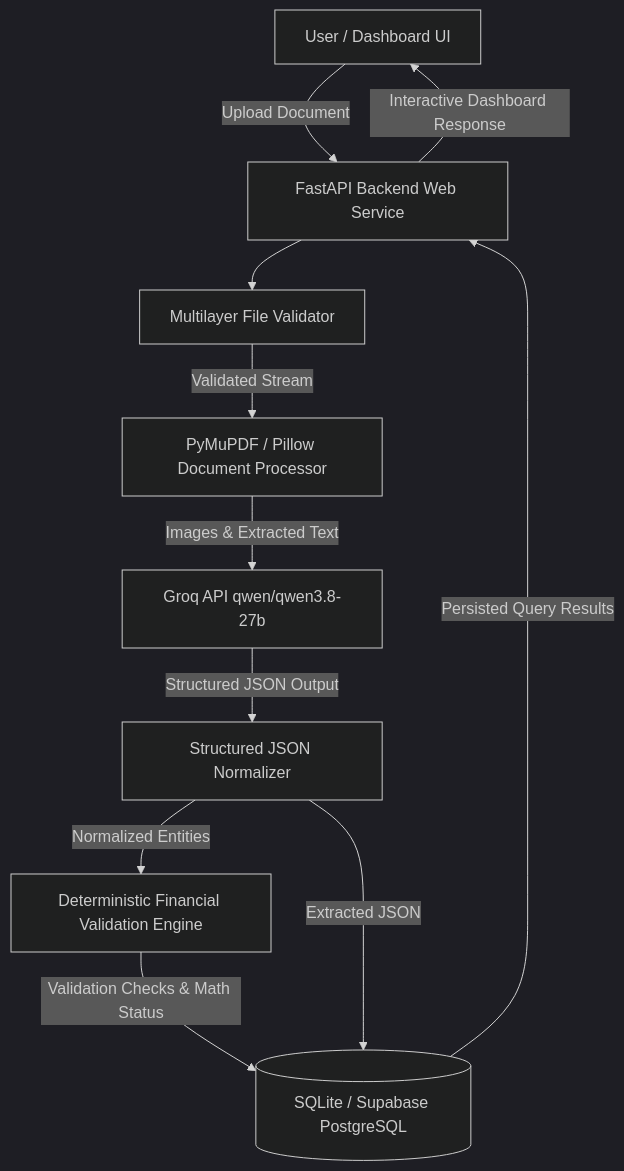
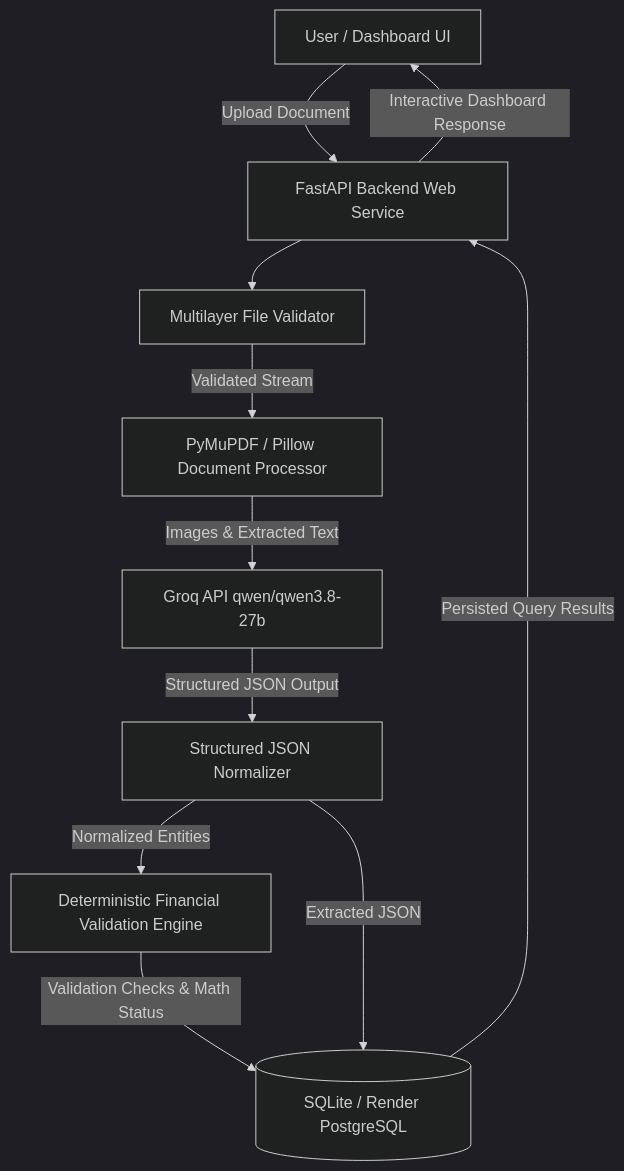
Before and after one commit to arshita221/Intelligent-Document-Platform: the diagram in README.md, drawn with Mermaid (dark theme). The commit also changed other lines of this file, not shown here.

````diff
--- a/README.md
+++ b/README.md
@@ -41,22 +41,22 @@
 ```mermaid
 flowchart TD
     U[User / Dashboard UI]
     API[FastAPI Backend Web Service]
     V[Multilayer File Validator]
     P[PyMuPDF / Pillow Document Processor]
     AI[Groq API qwen/qwen3.8-27b]
     X[Structured JSON Normalizer]
     VE[Deterministic Financial Validation Engine]
-    DB[(SQLite / Supabase PostgreSQL)]
+    DB[(SQLite / Render PostgreSQL)]
 
     U -->|Upload Document| API
     API --> V
     V -->|Validated Stream| P
     P -->|Images & Extracted Text| AI
     AI -->|Structured JSON Output| X
     X -->|Normalized Entities| VE
     VE -->|Validation Checks & Math Status| DB
     X -->|Extracted JSON| DB
     DB -->|Persisted Query Results| API
     API -->|Interactive Dashboard Response| U
 ```
````
